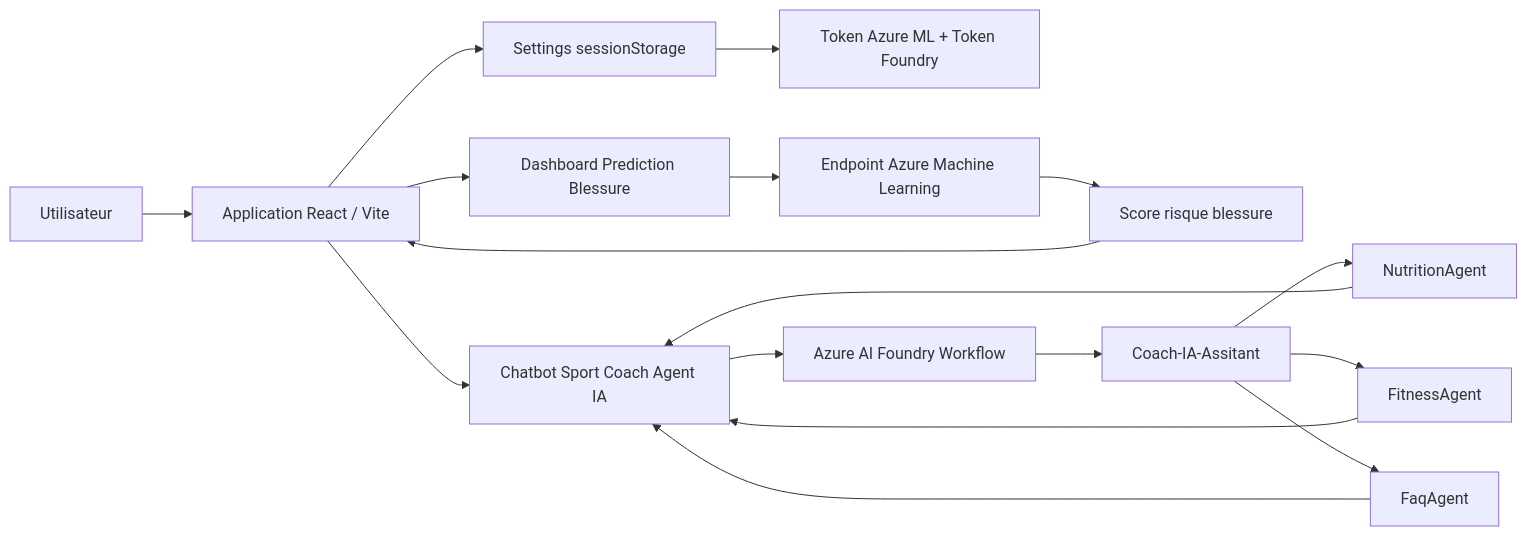
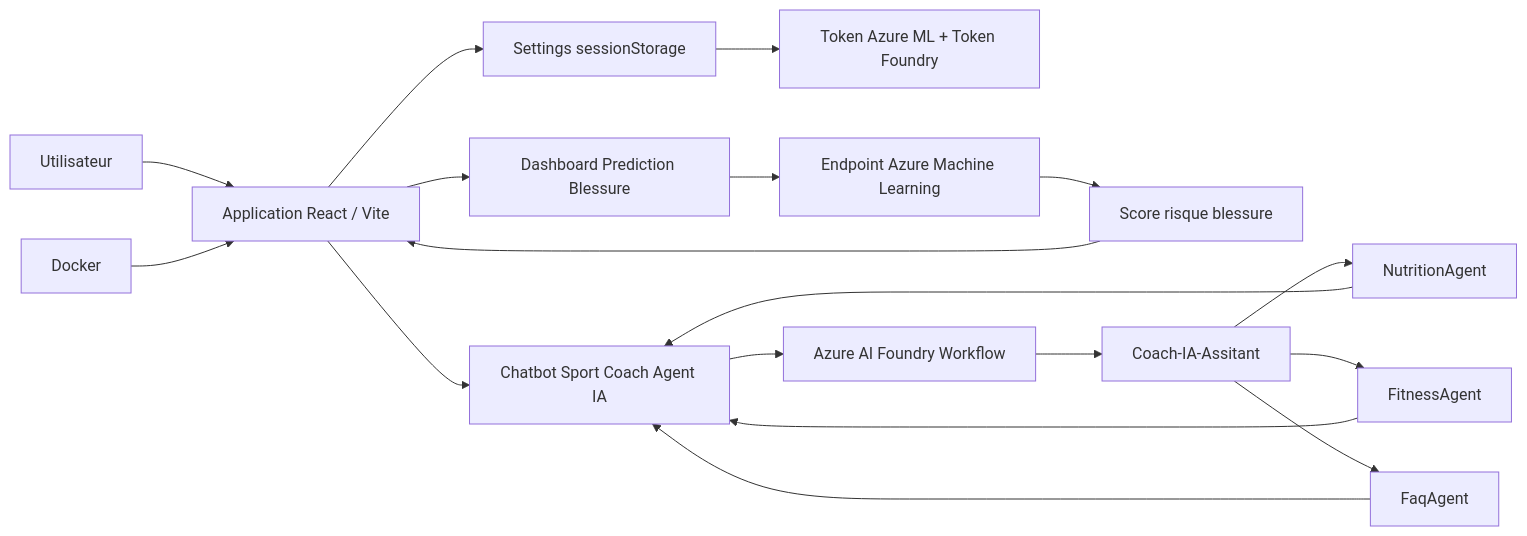
Before and after one commit to AkioLua/Microsoft-Azure-IA-Sport: the first of 3 diagrams in README.md, drawn with Mermaid. The commit also changed other lines of this file, not shown here.

````diff
--- a/README.md
+++ b/README.md
@@ -22,22 +22,22 @@
 ```mermaid
 flowchart LR
     U[Utilisateur] --> UI[Application React / Vite]
-
+    Docker --> UI[Application React / Vite]
     UI --> Settings[Settings sessionStorage]
     Settings --> Tokens[Token Azure ML + Token Foundry]
 
     UI --> Injury[Dashboard Prediction Blessure]
     Injury --> AML[Endpoint Azure Machine Learning]
     AML --> Score[Score risque blessure]
     Score --> UI
 
     UI --> Coach[Chatbot Sport Coach Agent IA]
     Coach --> WF[Azure AI Foundry Workflow]
     WF --> Orchestrator[Coach-IA-Assitant]
     Orchestrator --> Nutrition[NutritionAgent]
     Orchestrator --> Fitness[FitnessAgent]
     Orchestrator --> FAQ[FaqAgent]
     Nutrition --> Coach
     Fitness --> Coach
     FAQ --> Coach
 ```
````
